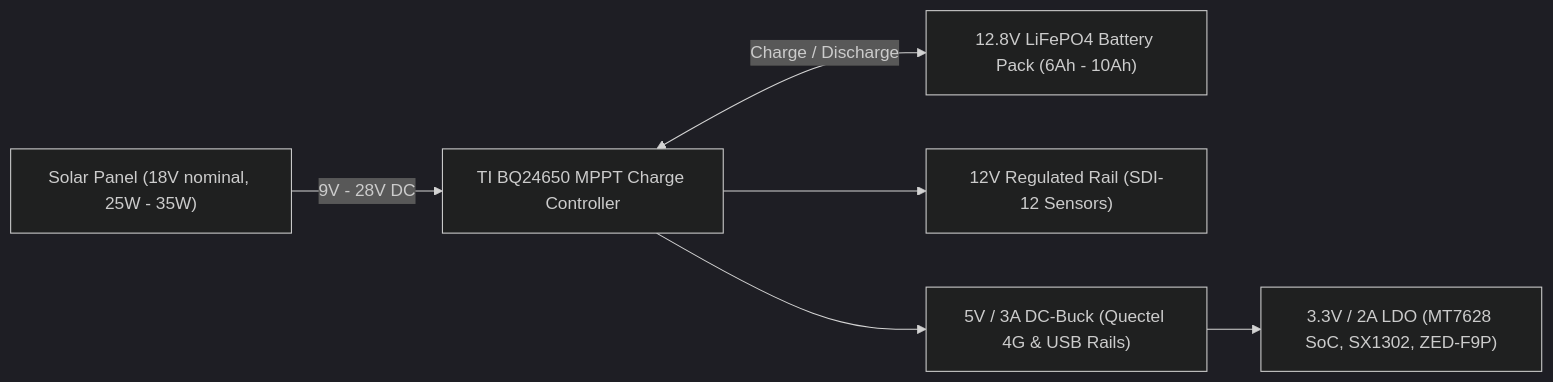
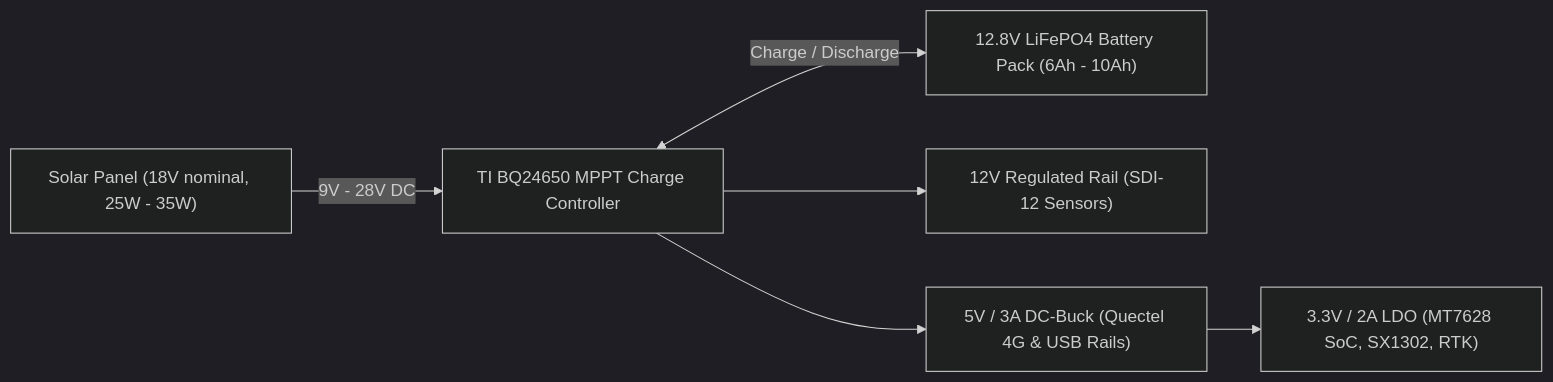
Before and after one commit to crapougnax/farm-omni-gw: the diagram in HOWTO.md, drawn with Mermaid (dark theme). The commit also changed other lines of this file and 2 other files, not shown here.

````diff
--- a/HOWTO.md
+++ b/HOWTO.md
@@ -40,8 +42,8 @@
 ```mermaid
 flowchart LR
     Solar["Solar Panel (18V nominal, 25W - 35W)"] -->|9V - 28V DC| MPPT["TI BQ24650 MPPT Charge Controller"]
     MPPT <-->|Charge / Discharge| Battery["12.8V LiFePO4 Battery Pack (6Ah - 10Ah)"]
     MPPT --> Buck12["12V Regulated Rail (SDI-12 Sensors)"]
     MPPT --> Buck5["5V / 3A DC-Buck (Quectel 4G & USB Rails)"]
-    Buck5 --> LDO33["3.3V / 2A LDO (MT7628 SoC, SX1302, ZED-F9P)"]
+    Buck5 --> LDO33["3.3V / 2A LDO (MT7628 SoC, SX1302, RTK)"]
 ```
````
